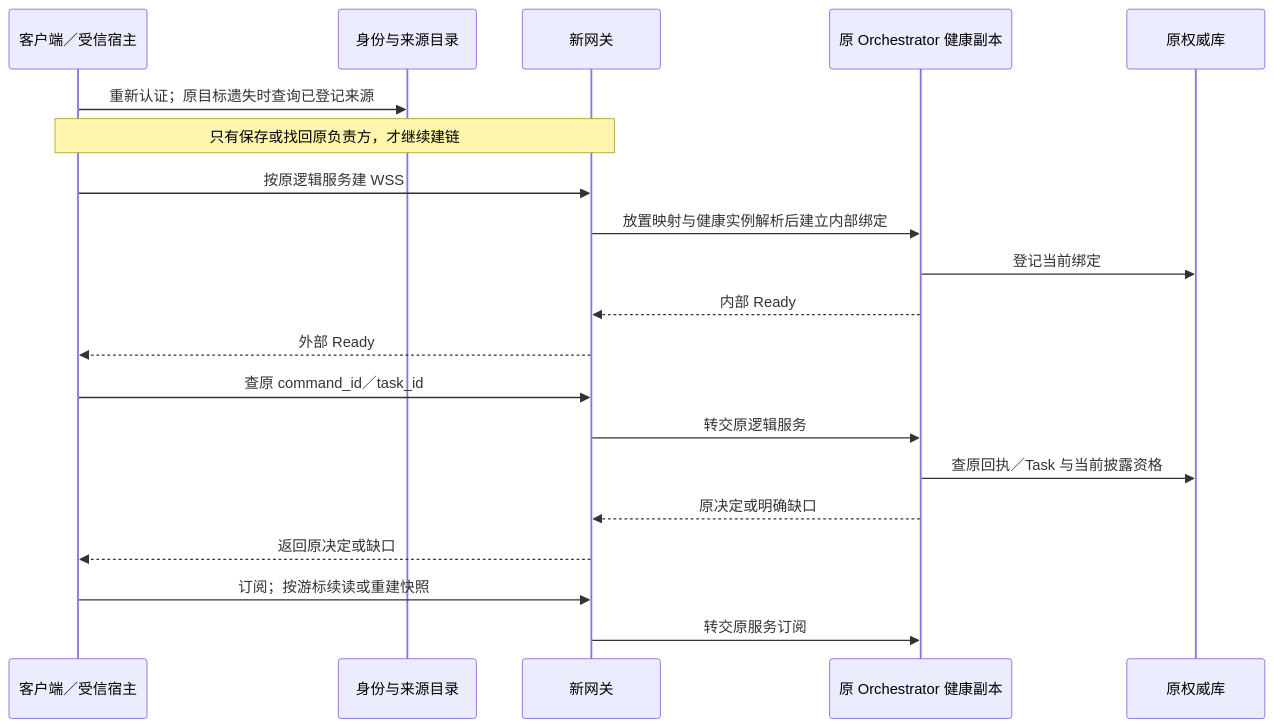
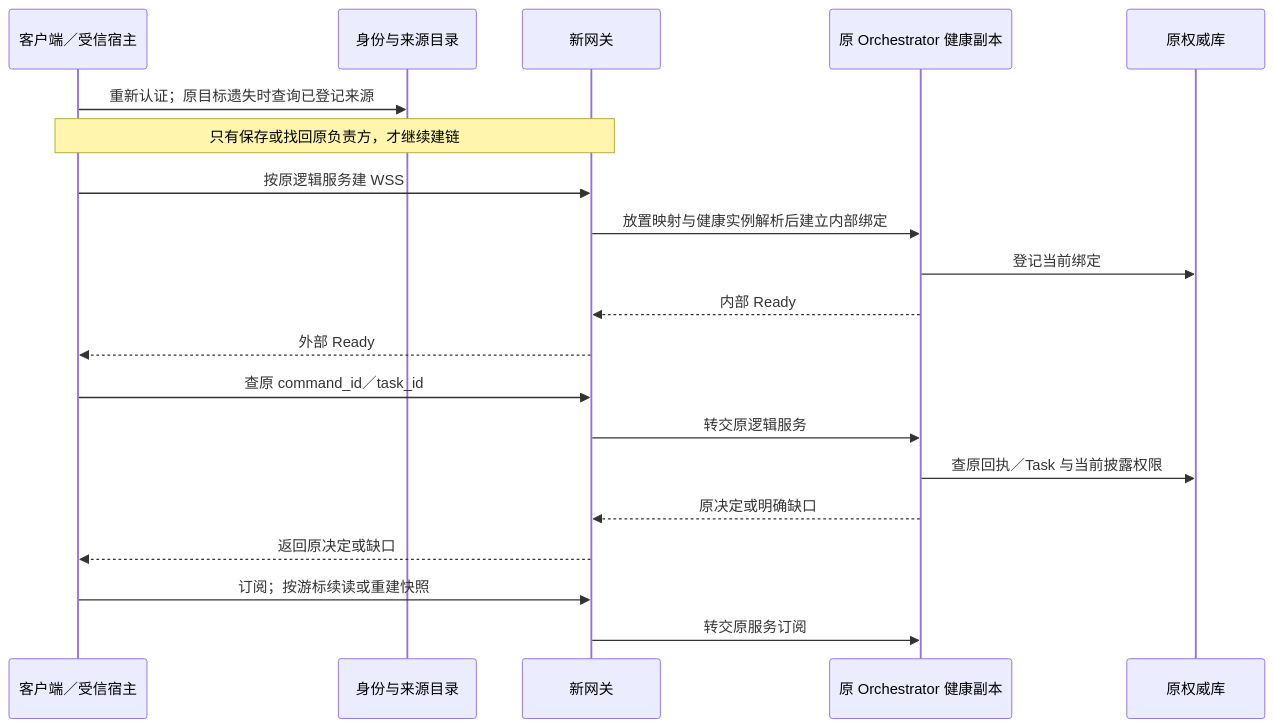
The seventh of 9 diagrams in docs/architecture/deployment-production.md (ruipengliu/lerna), drawn with Mermaid before and after one commit. The commit also changed other lines of this file and 205 other files, not shown here.

Commit message:
docs: unify architecture terminology

````diff
--- a/docs/architecture/deployment-production.md
+++ b/docs/architecture/deployment-production.md
@@ -218,22 +218,22 @@
 ```mermaid
 sequenceDiagram
     participant C as 客户端／受信宿主
     participant I as 身份与来源目录
     participant G as 新网关
     participant A as 原 Orchestrator 健康副本
     participant D as 原权威库
     C->>I: 重新认证；原目标遗失时查询已登记来源
     Note over C,G: 只有保存或找回原负责方，才继续建链
     C->>G: 按原逻辑服务建 WSS
     G->>A: 放置映射与健康实例解析后建立内部绑定
     A->>D: 登记当前绑定
     A-->>G: 内部 Ready
     G-->>C: 外部 Ready
     C->>G: 查原 command_id／task_id
     G->>A: 转交原逻辑服务
-    A->>D: 查原回执／Task 与当前披露资格
+    A->>D: 查原回执／Task 与当前披露权限
     A-->>G: 原决定或明确缺口
     G-->>C: 返回原决定或缺口
     C->>G: 订阅；按游标续读或重建快照
     G->>A: 转交原服务订阅
 ```
````
